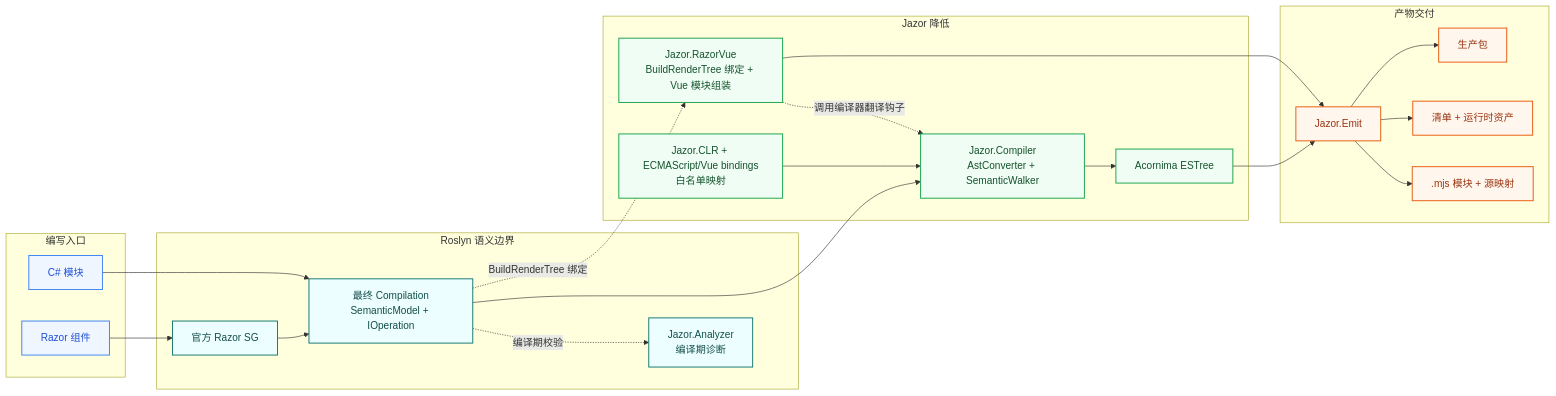
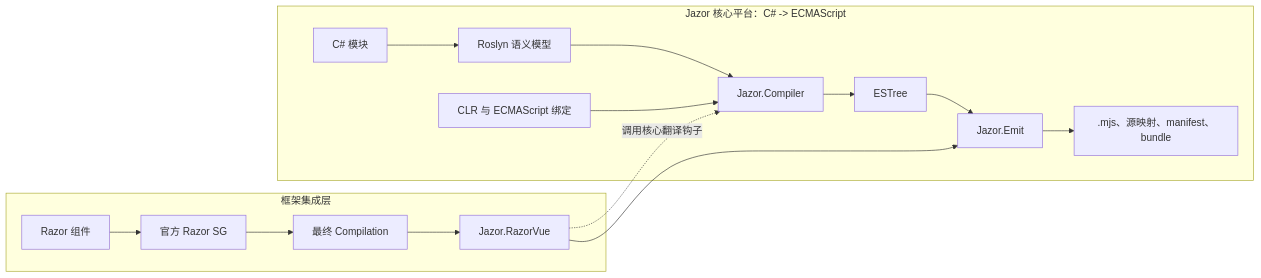
One commit to devhxj/Jazor changed the diagram in README_CN.md. Above: the diagram before and after it, drawn with Mermaid. The commit also changed other lines of this file and 263 other files, not shown here.

````diff
--- a/README_CN.md
+++ b/README_CN.md
@@ -56,49 +39,17 @@
 ```mermaid
 flowchart LR
-    subgraph Authoring["编写入口"]
-        CSharp["C# 模块"]
-        Razor["Razor 组件"]
+    subgraph Core["Jazor 核心平台：C# -> ECMAScript"]
+        CSharp["C# 模块"] --> Roslyn["Roslyn 语义模型"]
+        Roslyn --> Compiler["Jazor.Compiler"]
+        Bindings["CLR 与 ECMAScript 绑定"] --> Compiler
+        Compiler --> Ast["ESTree"] --> Emit["Jazor.Emit"]
+        Emit --> Artifacts[".mjs、源映射、manifest、bundle"]
     end
 
-    subgraph Roslyn["Roslyn 语义边界"]
-        SG["官方 Razor SG"]
-        Compilation["最终 Compilation<br/>SemanticModel + IOperation"]
-        Analyzer["Jazor.Analyzer<br/>编译期诊断"]
+    subgraph Integrations["框架集成层"]
+        Razor["Razor 组件"] --> RazorSG["官方 Razor SG"] --> Compilation["最终 Compilation"]
+        Compilation --> RazorVue["Jazor.RazorVue"]
+        RazorVue -. 调用核心翻译钩子 .-> Compiler
+        RazorVue --> Emit
     end
-
-    subgraph Lowering["Jazor 降低"]
-        Compiler["Jazor.Compiler<br/>AstConverter + SemanticWalker"]
-        RazorVue["Jazor.RazorVue<br/>BuildRenderTree 绑定 + Vue 模块组装"]
-        Bindings["Jazor.CLR + ECMAScript/Vue bindings<br/>白名单映射"]
-        ESTree["Acornima ESTree"]
-    end
-
-    subgraph Artifacts["产物交付"]
-        Emit["Jazor.Emit"]
-        Modules[".mjs 模块 + 源映射"]
-        Catalog["清单 + 运行时资产"]
-        Bundle["生产包"]
-    end
-
-    CSharp --> Compilation
-    Razor --> SG --> Compilation
-    Compilation -. 编译期校验 .-> Analyzer
-    Compilation --> Compiler
-    Compilation -. BuildRenderTree 绑定 .-> RazorVue
-    RazorVue -. 调用编译器翻译钩子 .-> Compiler
-    Bindings --> Compiler
-    Compiler --> ESTree --> Emit
-    RazorVue --> Emit
-    Emit --> Modules
-    Emit --> Catalog
-    Emit --> Bundle
-
-    classDef authoring fill:#EFF6FF,stroke:#3B82F6,color:#1D4ED8,stroke-width:1.5px
-    classDef semantic fill:#ECFEFF,stroke:#0F766E,color:#134E4A,stroke-width:1.5px
-    classDef lowering fill:#F0FDF4,stroke:#16A34A,color:#14532D,stroke-width:1.5px
-    classDef artifact fill:#FFF7ED,stroke:#EA580C,color:#9A3412,stroke-width:1.5px
-    class CSharp,Razor authoring
-    class SG,Compilation,Analyzer semantic
-    class Compiler,RazorVue,Bindings,ESTree lowering
-    class Emit,Modules,Catalog,Bundle artifact
 ```
````
